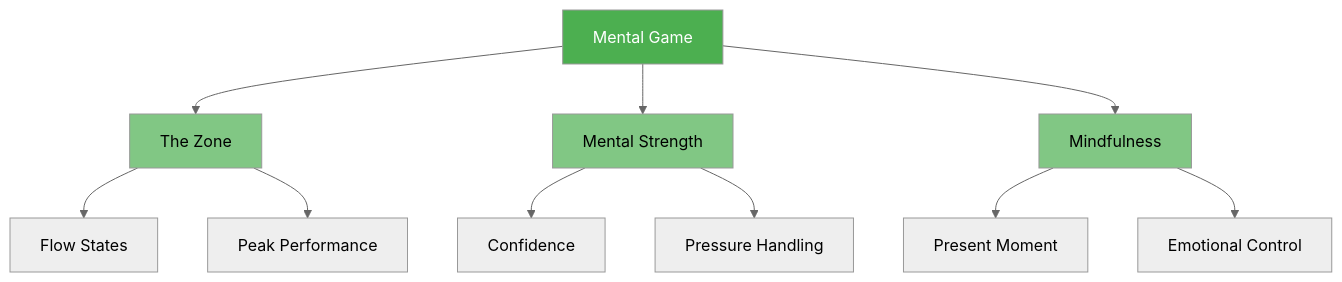
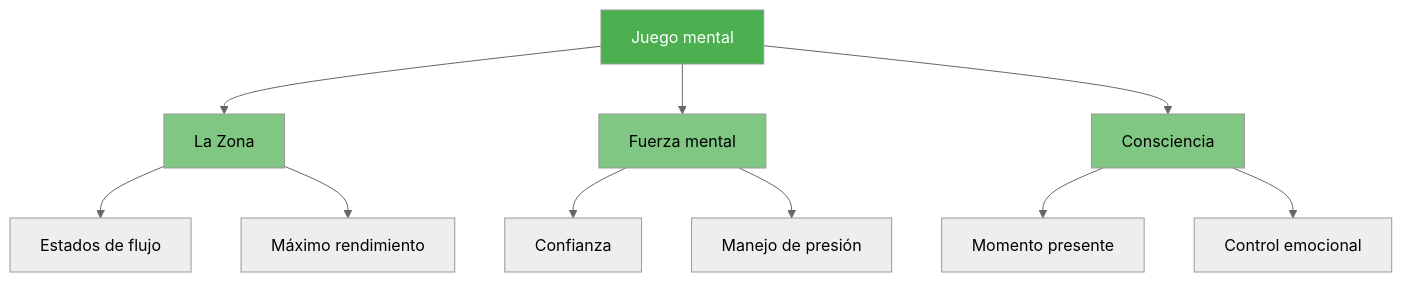
Before and after one commit to patwii/petanque-academy: the diagram in docs/es/education/mental-game/index.md, drawn with Mermaid (neutral theme). The commit also changed other lines of this file and 550 other files, not shown here.

````diff
--- a/docs/es/education/mental-game/index.md
+++ b/docs/es/education/mental-game/index.md
@@ -14,20 +14,20 @@
 ```mermaid
 graph TD
-    A[Mental Game] --> B[The Zone]
-    A --> C[Mental Strength]
-    A --> D[Mindfulness]
+    A[Juego mental] --> B[La Zona]
+    A --> C[Fuerza mental]
+    A --> D[Consciencia]
     
-    B --> E[Flow States]
-    B --> F[Peak Performance]
+    B --> E[Estados de flujo]
+    B --> F[Máximo rendimiento]
     
-    C --> G[Confidence]
-    C --> H[Pressure Handling]
+    C --> G[Confianza]
+    C --> H[Manejo de presión]
     
-    D --> I[Present Moment]
-    D --> J[Emotional Control]
+    D --> I[Momento presente]
+    D --> J[Control emocional]
     
     style A fill:#4CAF50,color:#fff
     style B fill:#81C784
     style C fill:#81C784
     style D fill:#81C784
 ```
````
